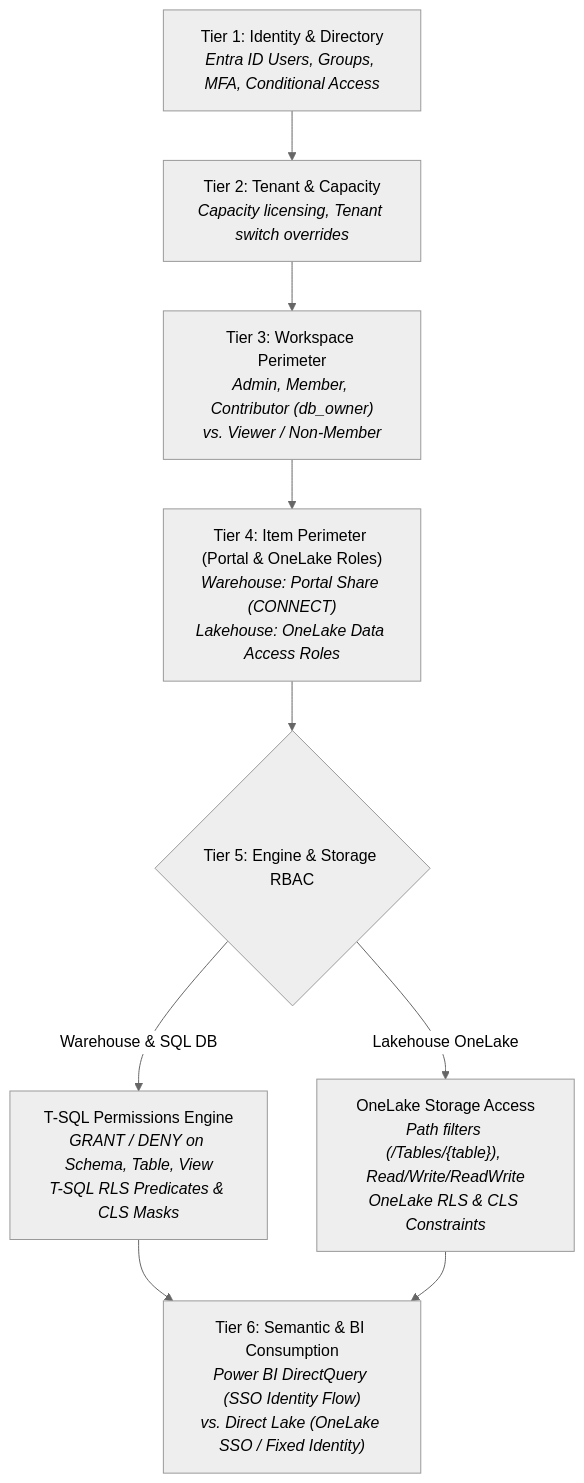
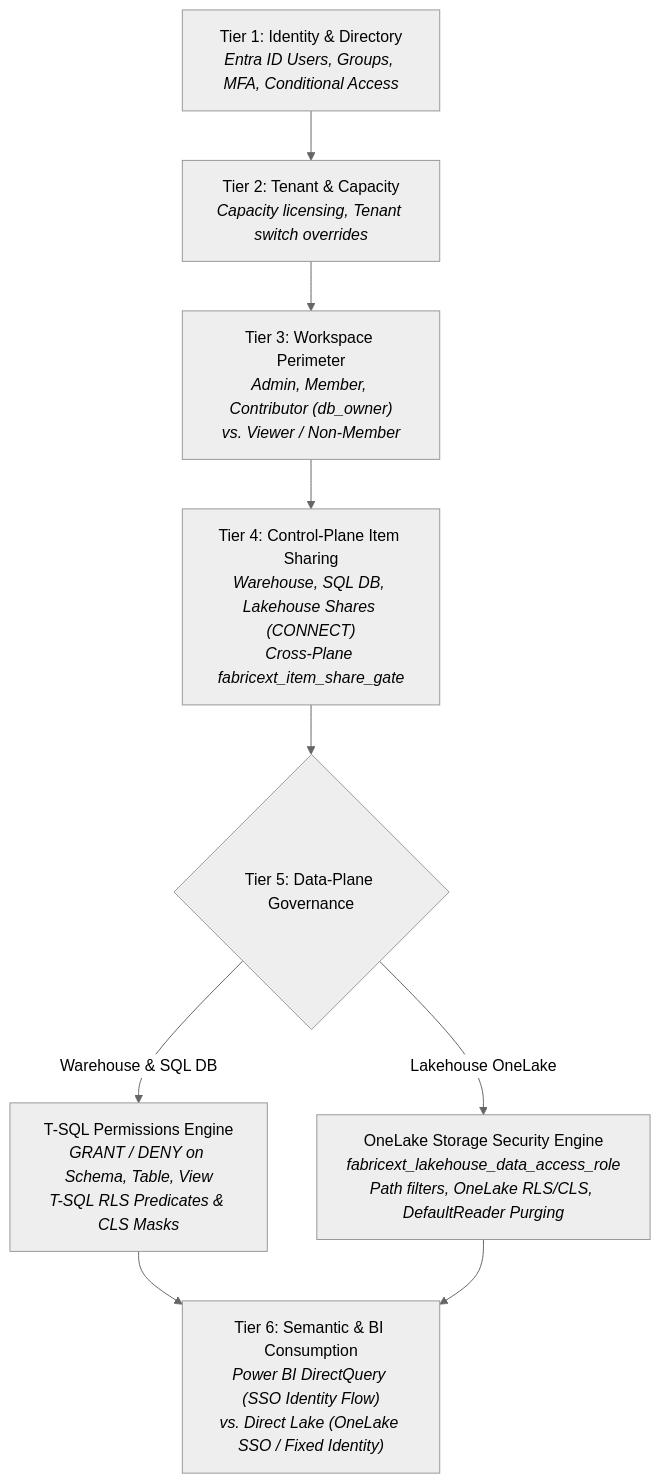
The first of 2 diagrams in guides/granular_access_control.md (jambazid/terraform-provider-fabricext), drawn with Mermaid (neutral theme) before and after one commit. The commit also changed other lines of this file and 39 other files, not shown here.

````diff
--- a/guides/granular_access_control.md
+++ b/guides/granular_access_control.md
@@ -71,11 +71,11 @@
 ```mermaid
 flowchart TD
     A["Tier 1: Identity & Directory<br/><i>Entra ID Users, Groups, MFA, Conditional Access</i>"] --> B["Tier 2: Tenant & Capacity<br/><i>Capacity licensing, Tenant switch overrides</i>"]
     B --> C["Tier 3: Workspace Perimeter<br/><i>Admin, Member, Contributor (db_owner)<br/>vs. Viewer / Non-Member</i>"]
-    C --> D["Tier 4: Item Perimeter (Portal & OneLake Roles)<br/><i>Warehouse: Portal Share (CONNECT)<br/>Lakehouse: OneLake Data Access Roles</i>"]
-    D --> E{"Tier 5: Engine & Storage RBAC"}
+    C --> D["Tier 4: Control-Plane Item Sharing<br/><i>Warehouse, SQL DB, Lakehouse Shares (CONNECT)<br/>Cross-Plane fabricext_item_share_gate</i>"]
+    D --> E{"Tier 5: Data-Plane Governance"}
     E -->|Warehouse & SQL DB| F["T-SQL Permissions Engine<br/><i>GRANT / DENY on Schema, Table, View<br/>T-SQL RLS Predicates & CLS Masks</i>"]
-    E -->|Lakehouse OneLake| G["OneLake Storage Access<br/><i>Path filters (/Tables/{table}), Read/Write/ReadWrite<br/>OneLake RLS & CLS Constraints</i>"]
+    E -->|Lakehouse OneLake| G["OneLake Storage Security Engine<br/><i>fabricext_lakehouse_data_access_role<br/>Path filters, OneLake RLS/CLS, DefaultReader Purging</i>"]
     F --> H["Tier 6: Semantic & BI Consumption<br/><i>Power BI DirectQuery (SSO Identity Flow)<br/>vs. Direct Lake (OneLake SSO / Fixed Identity)</i>"]
     G --> H
 ```
````
